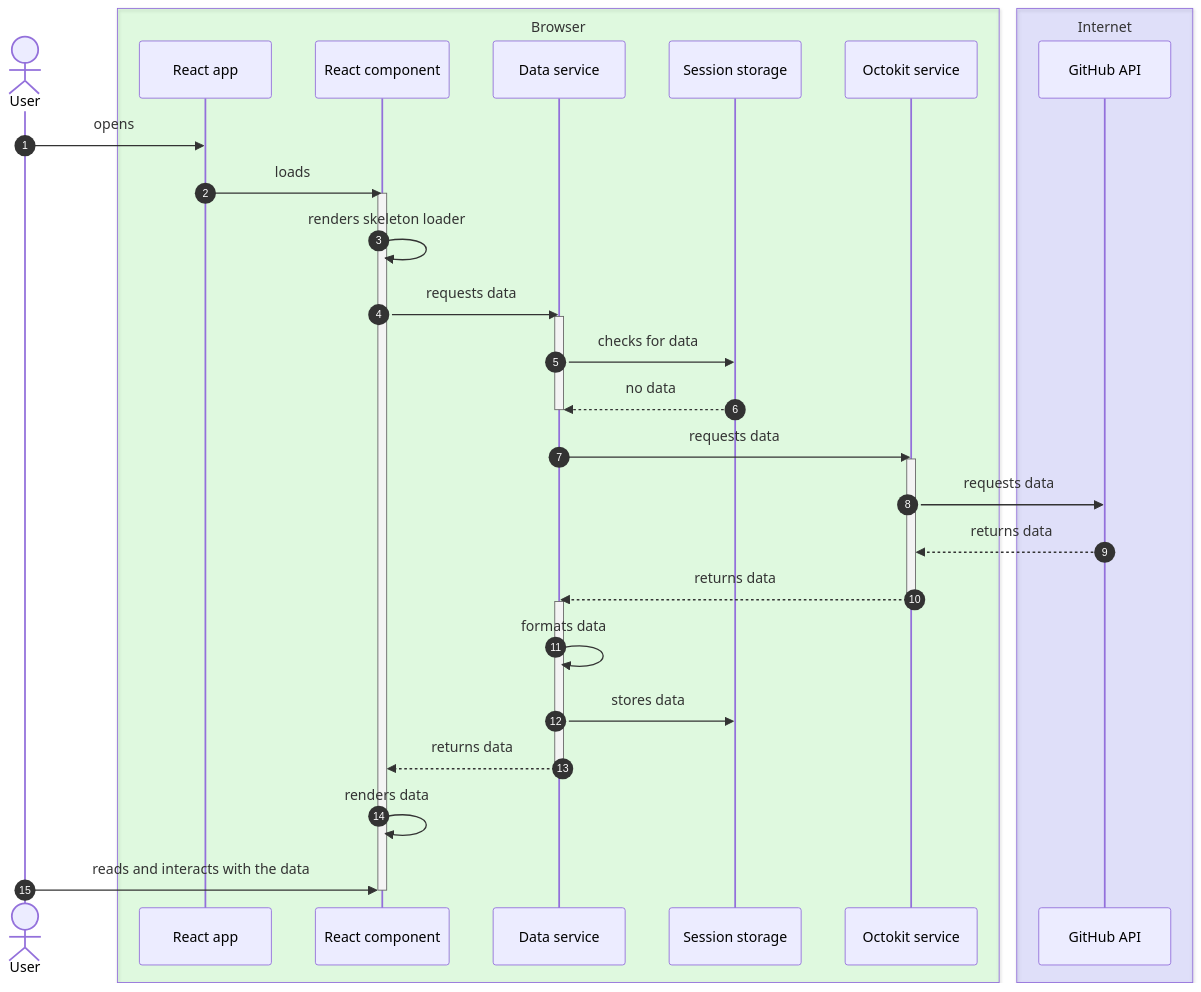
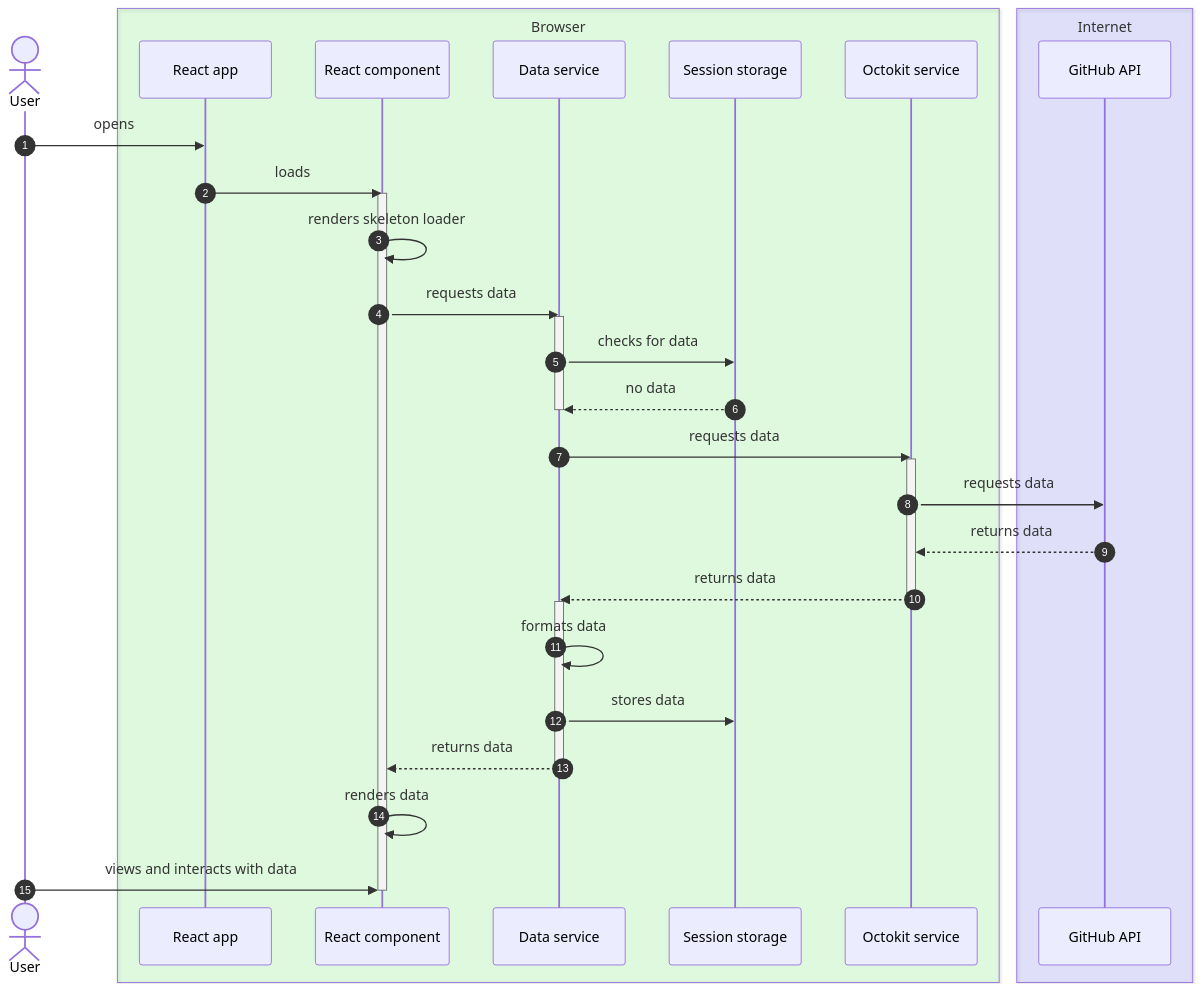
Before and after one commit to rikurauhala/insights: the second of 3 diagrams in docs/architecture.md, drawn with Mermaid. The commit also changed other lines of this file, not shown here.

````diff
--- a/docs/architecture.md
+++ b/docs/architecture.md
@@ -9,40 +64,40 @@
 ```mermaid
 sequenceDiagram
   autonumber
 
     actor       USER    as User
   box rgba(0, 255, 0, 0.1) Browser
     participant APP     as React app
     participant ELEMENT as React component
     participant DATA    as Data service
     participant STORAGE as Session storage
     participant OCTOKIT as Octokit service
   end
   box rgba(0, 0, 255, 0.1) Internet
     participant GITHUB  as GitHub API
   end
 
   USER     ->> APP     : opens
   APP      ->> ELEMENT : loads
   activate     ELEMENT
   ELEMENT  ->> ELEMENT : renders skeleton loader
   ELEMENT  ->> DATA    : requests data
   activate     DATA
   DATA     ->> STORAGE : checks for data
   STORAGE -->> DATA    : no data
   deactivate   DATA
   DATA     ->> OCTOKIT : requests data
   activate     OCTOKIT
   OCTOKIT  ->> GITHUB  : requests data
   GITHUB  -->> OCTOKIT : returns data
   OCTOKIT -->> DATA    : returns data
   deactivate   OCTOKIT
   activate     DATA
   DATA     ->> DATA    : formats data
   DATA     ->> STORAGE : stores data
   DATA    -->> ELEMENT : returns data
   deactivate   DATA
   ELEMENT  ->> ELEMENT : renders data
-  USER     ->> ELEMENT : reads and interacts with the data
+  USER     ->> ELEMENT : views and interacts with data
   deactivate   ELEMENT
 ```
````
